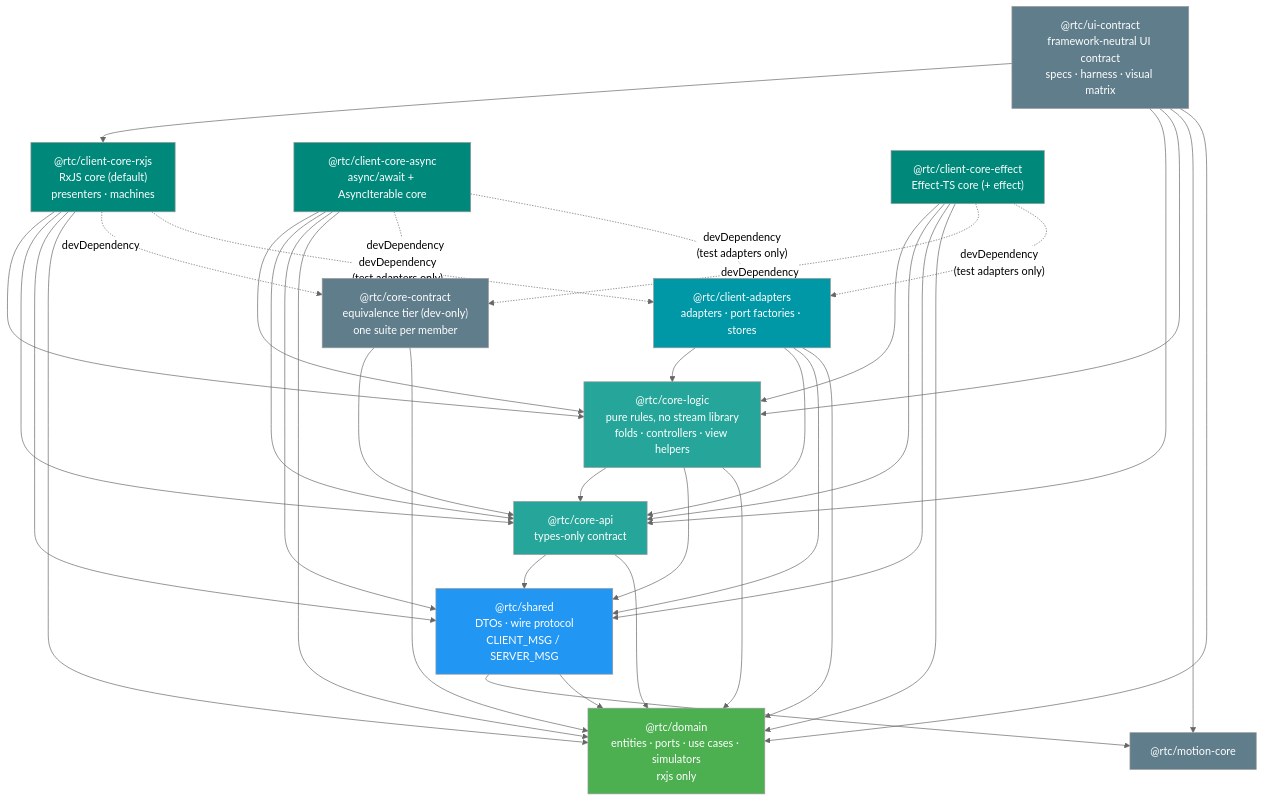
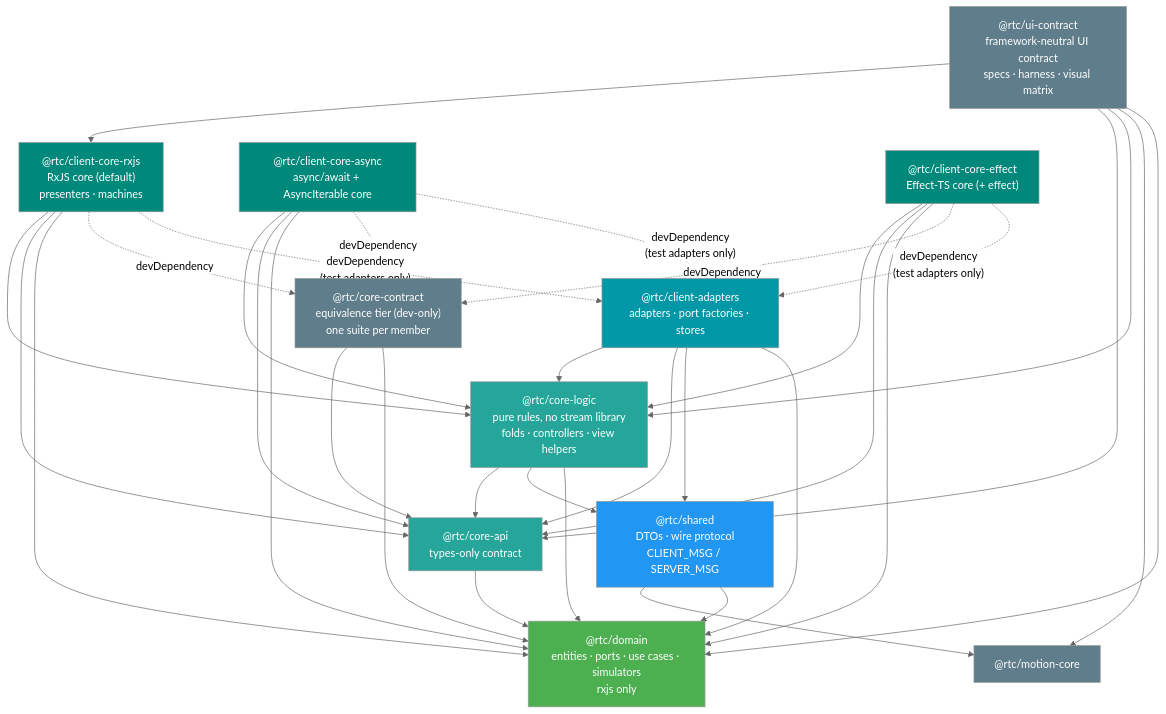
One commit to bettersoftware-io/ReactiveTraderCloudClone changed the second of 4 diagrams in docs/architecture/06-package-dependencies.md. Above: the diagram before and after it, drawn with Mermaid (neutral theme). The commit also changed other lines of this file and 161 other files, not shown here.

````diff
--- a/docs/architecture/06-package-dependencies.md
+++ b/docs/architecture/06-package-dependencies.md
@@ -76,66 +76,62 @@
 ```mermaid
 graph TB
     rcore["@rtc/client-core-rxjs<br/>RxJS core (default)<br/>presenters · machines"]
     core["@rtc/client-adapters<br/>adapters · port factories · stores"]
     acore["@rtc/client-core-async<br/>async/await + AsyncIterable core"]
     ecore["@rtc/client-core-effect<br/>Effect-TS core (+ effect)"]
 
     uic["@rtc/ui-contract<br/>framework-neutral UI contract<br/>specs · harness · visual matrix"]
     cc["@rtc/core-contract<br/>equivalence tier (dev-only)<br/>one suite per member"]
     logic["@rtc/core-logic<br/>pure rules, no stream library<br/>folds · controllers · view helpers"]
 
     api["@rtc/core-api<br/>types-only contract"]
     shared["@rtc/shared<br/>DTOs · wire protocol<br/>CLIENT_MSG / SERVER_MSG"]
     motion["@rtc/motion-core"]
 
     domain["@rtc/domain<br/>entities · ports · use cases · simulators<br/>rxjs only"]
 
     rcore --> logic
     rcore --> api
-    rcore --> shared
     rcore --> domain
     core --> logic
     core --> api
     core --> shared
     core --> domain
     acore --> logic
     acore --> api
-    acore --> shared
     acore --> domain
     ecore --> logic
     ecore --> api
-    ecore --> shared
     ecore --> domain
     uic --> rcore
     uic --> api
     uic --> logic
     uic --> motion
     uic --> domain
     cc --> api
     cc --> domain
     logic --> api
     logic --> shared
     logic --> domain
-    api --> shared
     api --> domain
     shared --> motion
     shared --> domain
     rcore -. "devDependency" .-> cc
     acore -. "devDependency" .-> cc
     ecore -. "devDependency" .-> cc
     rcore -. "devDependency<br/>(test adapters only)" .-> core
     acore -. "devDependency<br/>(test adapters only)" .-> core
     ecore -. "devDependency<br/>(test adapters only)" .-> core
 
     style rcore fill:#00897B,color:#fff
     style core fill:#0097A7,color:#fff
     style acore fill:#00897B,color:#fff
     style ecore fill:#00897B,color:#fff
     style logic fill:#26A69A,color:#fff
     style api fill:#26A69A,color:#fff
     style cc fill:#607D8B,color:#fff
     style uic fill:#607D8B,color:#fff
     style shared fill:#2196F3,color:#fff
     style motion fill:#607D8B,color:#fff
     style domain fill:#4CAF50,color:#fff
 ```
````
